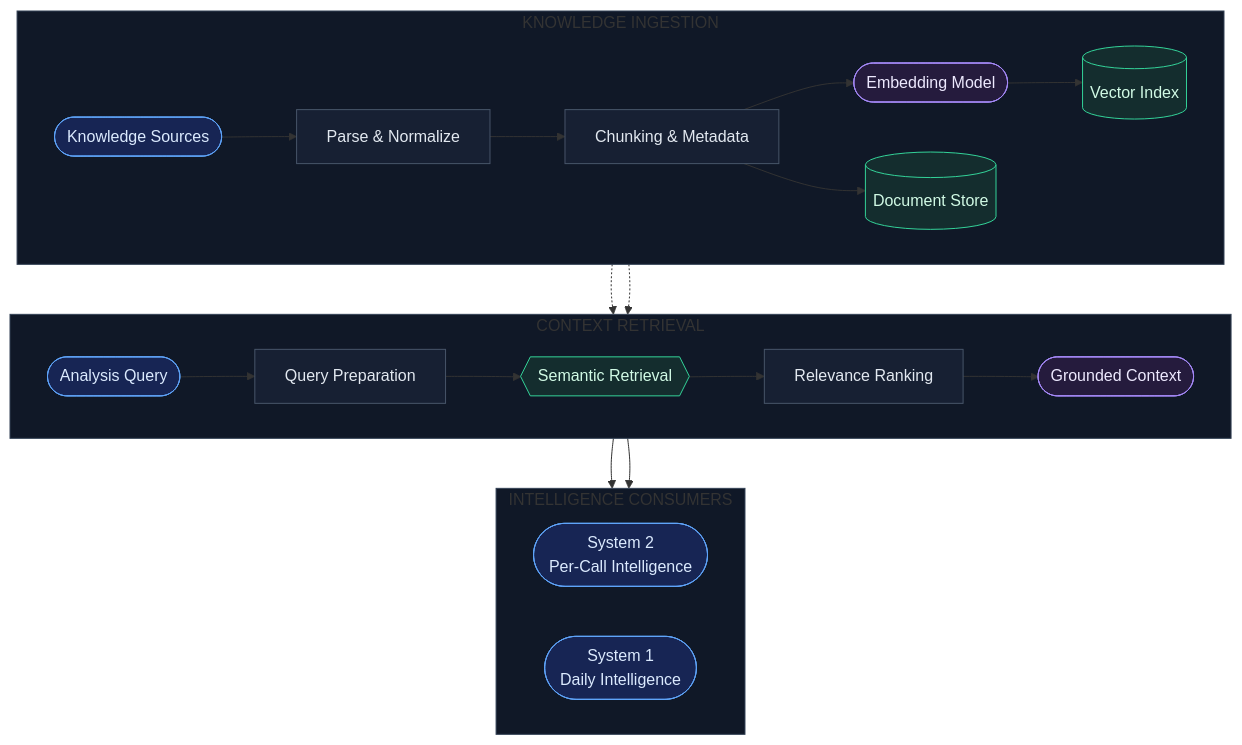
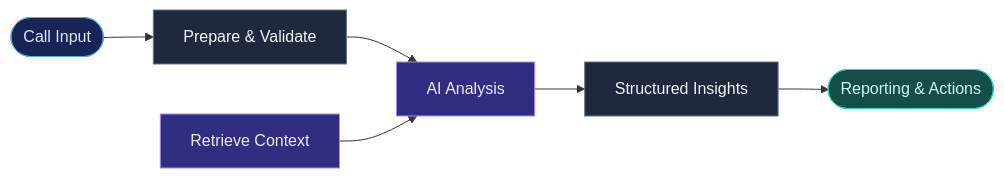
The second of 4 diagrams in README.md (SinaKakavand/Intelligent_Sales_Automation), drawn with Mermaid before and after one commit. The commit also changed other lines of this file, not shown here.

````diff
--- a/README.md
+++ b/README.md
@@ -44,53 +87,22 @@
 ```mermaid
-flowchart TB
-    subgraph INGEST["KNOWLEDGE INGESTION"]
-        direction LR
-        SRC(["Knowledge Sources"])
-        PARSE["Parse & Normalize"]
-        CHUNK["Chunking & Metadata"]
-        EMBED(["Embedding Model"])
-        INDEX[("Vector Index")]
-        STORE[("Document Store")]
+flowchart LR
+    A([Call Input])
+    B[Prepare & Validate]
+    C[Retrieve Context]
+    D[AI Analysis]
+    E[Structured Insights]
+    F([Reporting & Actions])
 
-        SRC --> PARSE --> CHUNK
-        CHUNK --> EMBED --> INDEX
-        CHUNK --> STORE
-    end
+    A --> B --> D --> E --> F
+    C --> D
 
-    subgraph RETRIEVAL["CONTEXT RETRIEVAL"]
-        direction LR
-        QUERY(["Analysis Query"])
-        PREP["Query Preparation"]
-        SEARCH{{"Semantic Retrieval"}}
-        RANK["Relevance Ranking"]
-        CONTEXT(["Grounded Context"])
+    classDef input fill:#172554,stroke:#60A5FA,color:#DBEAFE
+    classDef process fill:#1E293B,stroke:#64748B,color:#F1F5F9
+    classDef ai fill:#312E81,stroke:#A78BFA,color:#EDE9FE
+    classDef output fill:#134E4A,stroke:#2DD4BF,color:#CCFBF1
 
-        QUERY --> PREP --> SEARCH --> RANK --> CONTEXT
-    end
-
-    INDEX -.-> SEARCH
-    STORE -.-> RANK
-
-    subgraph ENGINES["INTELLIGENCE CONSUMERS"]
-        direction LR
-        S2(["System 2<br/>Per-Call Intelligence"])
-        S1(["System 1<br/>Daily Intelligence"])
-    end
-
-    CONTEXT --> S2
-    CONTEXT --> S1
-
-    classDef source fill:#172554,stroke:#60A5FA,color:#DBEAFE
-    classDef process fill:#172033,stroke:#475569,color:#E2E8F0
-    classDef knowledge fill:#142D2E,stroke:#34D399,color:#D1FAE5
-    classDef ai fill:#251B3D,stroke:#A78BFA,color:#EDE9FE
-
-    class SRC,QUERY,S1,S2 source
-    class PARSE,CHUNK,PREP,RANK process
-    class INDEX,STORE,SEARCH knowledge
-    class EMBED,CONTEXT ai
-
-    style INGEST fill:#101827,stroke:#334155
-    style RETRIEVAL fill:#101827,stroke:#334155
-    style ENGINES fill:#101827,stroke:#334155
+    class A input
+    class B,E process
+    class C,D ai
+    class F output
 ```
````
